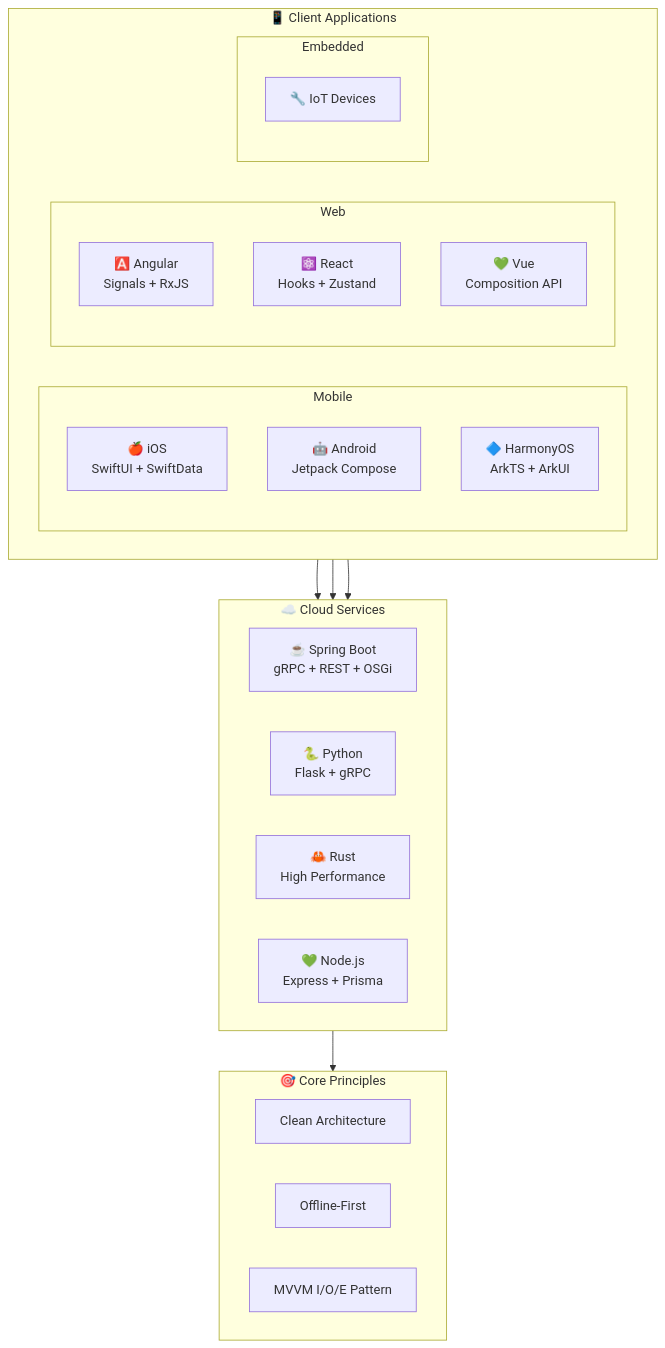
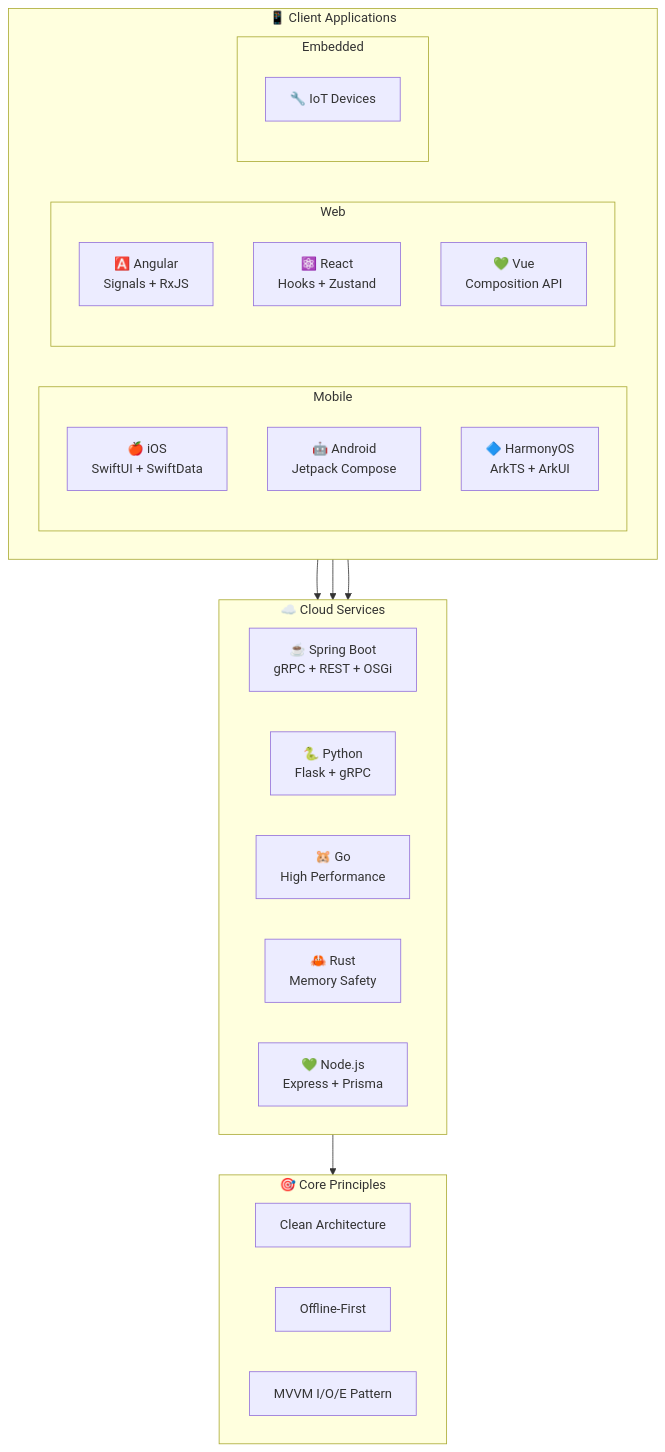
Before and after one commit to jrjohn/jrjohn: the diagram in README.md, drawn with Mermaid. The commit also changed other lines of this file, not shown here.

````diff
--- a/README.md
+++ b/README.md
@@ -20,38 +20,39 @@
 ```mermaid
 flowchart TB
     subgraph Client["📱 Client Applications"]
         direction LR
         subgraph Mobile["Mobile"]
-            iOS["🍎 iOS\nSwiftUI + SwiftData"]
-            Android["🤖 Android\nJetpack Compose"]
-            HarmonyOS["🔷 HarmonyOS\nArkTS + ArkUI"]
+            iOS["🍎 iOS<br>SwiftUI + SwiftData"]
+            Android["🤖 Android<br>Jetpack Compose"]
+            HarmonyOS["🔷 HarmonyOS<br>ArkTS + ArkUI"]
         end
         subgraph Web["Web"]
-            Angular["🅰️ Angular\nSignals + RxJS"]
-            React["⚛️ React\nHooks + Zustand"]
-            Vue["💚 Vue\nComposition API"]
+            Angular["🅰️ Angular<br>Signals + RxJS"]
+            React["⚛️ React<br>Hooks + Zustand"]
+            Vue["💚 Vue<br>Composition API"]
         end
         subgraph Embedded["Embedded"]
             Embedded1["🔧 IoT Devices"]
         end
     end
 
     subgraph Cloud["☁️ Cloud Services"]
         direction LR
-        SpringBoot["☕ Spring Boot\ngRPC + REST + OSGi"]
-        Python["🐍 Python\nFlask + gRPC"]
-        Rust["🦀 Rust\nHigh Performance"]
-        NodeJS["💚 Node.js\nExpress + Prisma"]
+        SpringBoot["☕ Spring Boot<br>gRPC + REST + OSGi"]
+        Python["🐍 Python<br>Flask + gRPC"]
+        Go["🐹 Go<br>High Performance"]
+        Rust["🦀 Rust<br>Memory Safety"]
+        NodeJS["💚 Node.js<br>Express + Prisma"]
     end
 
     subgraph Core["🎯 Core Principles"]
         CA["Clean Architecture"]
         OF["Offline-First"]
         MVVM["MVVM I/O/E Pattern"]
     end
 
     Mobile --> Cloud
     Web --> Cloud
     Embedded --> Cloud
     Cloud --> Core
 ```
````
